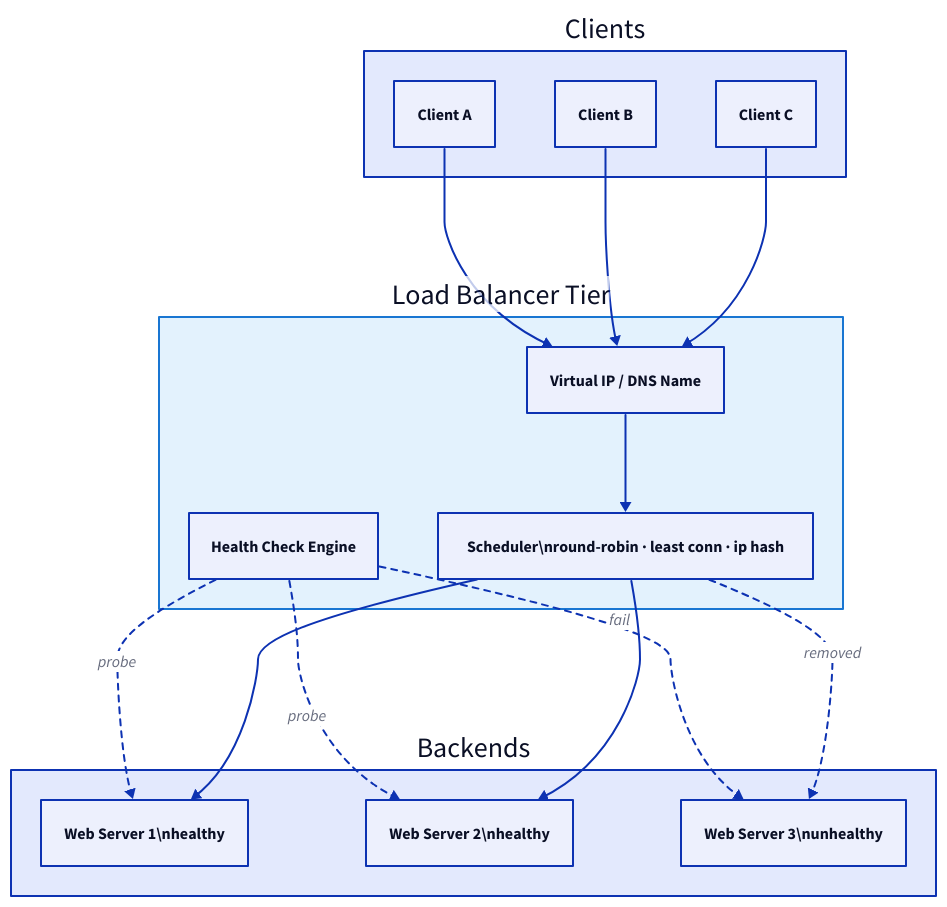
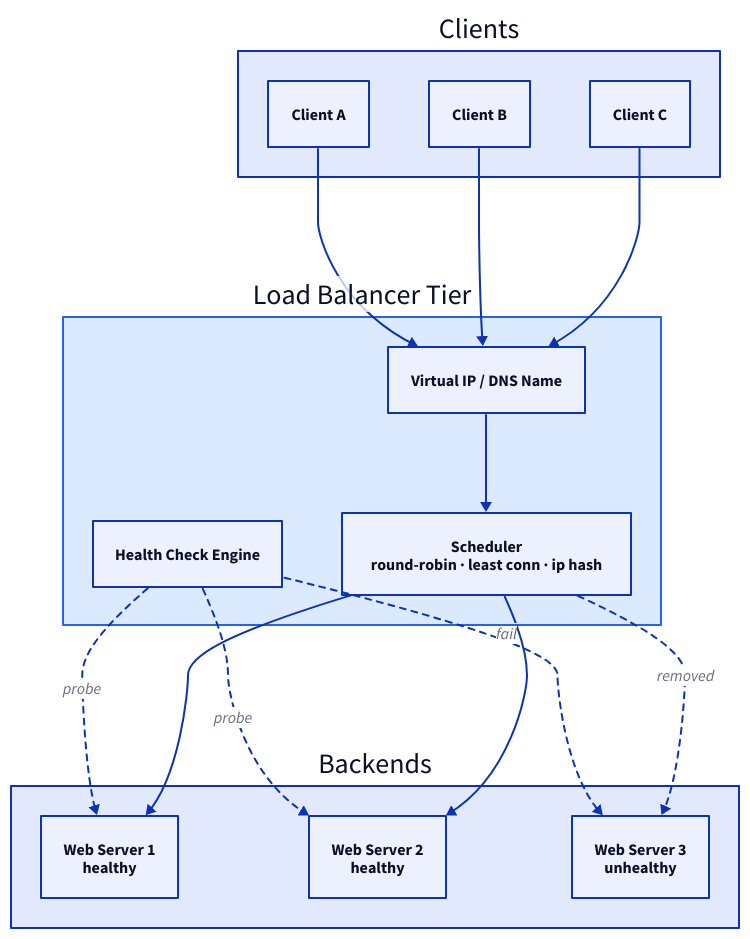
One commit to rebash-rebash/rebash-academy changed the diagram in docs/networking/load-balancing-fundamentals.md. Above: the diagram before and after it, drawn with D2. The commit also changed 177 other files, not shown here.

First line of the commit message:
Ship Terraform track, diagram polish, and new brand favicon.

````diff
--- a/docs/networking/load-balancing-fundamentals.md
+++ b/docs/networking/load-balancing-fundamentals.md
@@ -52,41 +52,41 @@
 ```d2
 direction: down
 
 Clients: Clients {
         C1: "Client A"
         C2: "Client B"
         C3: "Client C"
     }
     LB: "Load Balancer Tier" {
       style: {
-        fill: "#e3f2fd"
-        stroke: "#1976d2"
+        fill: "#dbeafe"
+        stroke: "#2563eb"
       }
         VIP: "Virtual IP / DNS Name"
         HC: "Health Check Engine"
-        ALGO: "Scheduler\\nround-robin · least conn · ip hash"
+        ALGO: "Scheduler\nround-robin · least conn · ip hash"
     }
     Backends: Backends {
-        W1: "Web Server 1\\nhealthy"
-        W2: "Web Server 2\\nhealthy"
-        W3: "Web Server 3\\nunhealthy"
+        W1: "Web Server 1\nhealthy"
+        W2: "Web Server 2\nhealthy"
+        W3: "Web Server 3\nunhealthy"
     }
     Clients.C1 -> LB.VIP
     Clients.C2 -> LB.VIP
     Clients.C3 -> LB.VIP
     LB.VIP -> LB.ALGO
     LB.HC -> Backends.W1: probe {
       style.stroke-dash: 3
     }
     LB.HC -> Backends.W2: probe {
       style.stroke-dash: 3
     }
     LB.HC -> Backends.W3: fail {
       style.stroke-dash: 3
     }
     LB.ALGO -> Backends.W1
     LB.ALGO -> Backends.W2
     LB.ALGO -> Backends.W3: removed {
       style.stroke-dash: 3
     }
 ```
````
